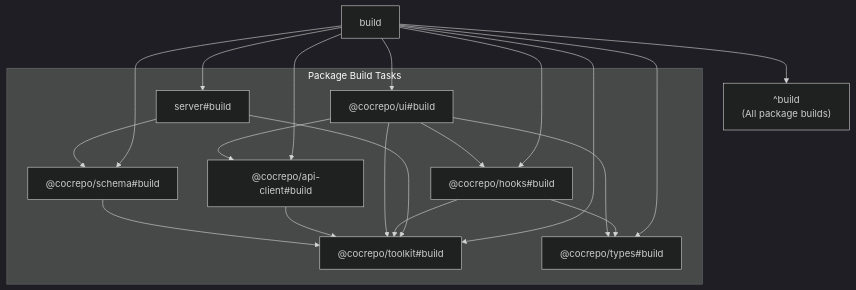
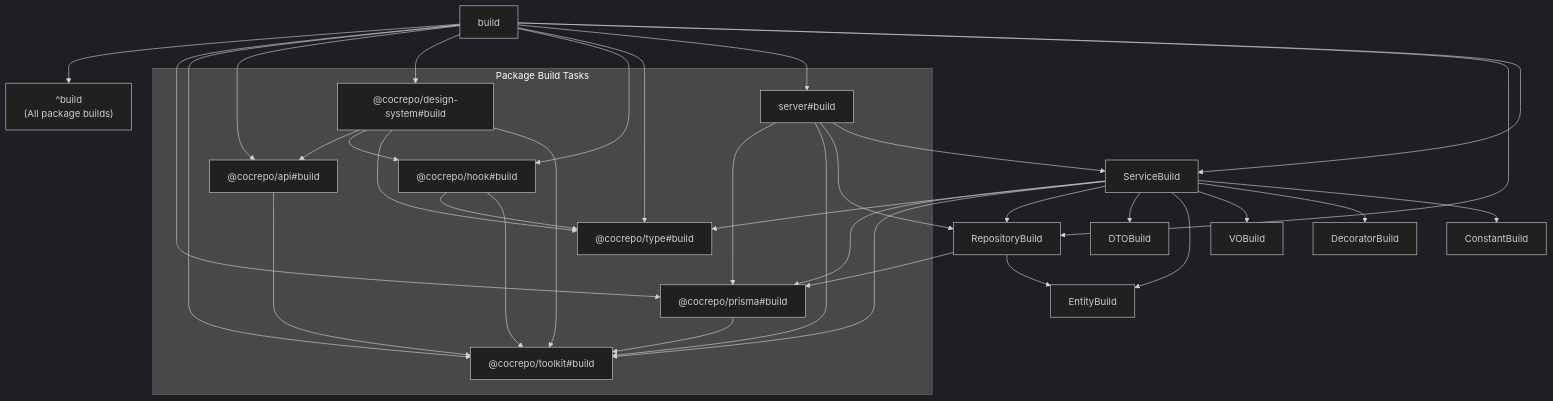
One commit to kimjoongwon/prj-core changed the third of 6 diagrams in .qoder/repowiki/en/content/System Overview/Architecture Overview/Monorepo Architecture/Monorepo Architecture.md. Above: the diagram before and after it, drawn with Mermaid (dark theme). The commit also changed other lines of this file and 315 other files, not shown here.

````diff
--- a/.qoder/repowiki/en/content/System Overview/Architecture Overview/Monorepo Architecture/Monorepo Architecture.md
+++ b/.qoder/repowiki/en/content/System Overview/Architecture Overview/Monorepo Architecture/Monorepo Architecture.md
@@ -141,30 +165,45 @@
 ```mermaid
 graph TD
 Build[build] --> DependsOn["^build<br>(All package builds)"]
 subgraph "Package Build Tasks"
-SchemaBuild["@cocrepo/schema#build"]
+SchemaBuild["@cocrepo/prisma#build"]
 ToolkitBuild["@cocrepo/toolkit#build"]
-ApiClientBuild["@cocrepo/api-client#build"]
-UIBuild["@cocrepo/ui#build"]
-HooksBuild["@cocrepo/hooks#build"]
-TypesBuild["@cocrepo/types#build"]
+ApiClientBuild["@cocrepo/api#build"]
+UIBuild["@cocrepo/design-system#build"]
+HooksBuild["@cocrepo/hook#build"]
+TypesBuild["@cocrepo/type#build"]
 ServerBuild["server#build"]
 end
 SchemaBuild --> ToolkitBuild
 ApiClientBuild --> ToolkitBuild
 UIBuild --> ApiClientBuild
 UIBuild --> HooksBuild
 UIBuild --> TypesBuild
 UIBuild --> ToolkitBuild
 HooksBuild --> TypesBuild
 HooksBuild --> ToolkitBuild
 ServerBuild --> SchemaBuild
 ServerBuild --> ToolkitBuild
+ServerBuild --> RepositoryBuild
+ServerBuild --> ServiceBuild
+RepositoryBuild --> SchemaBuild
+RepositoryBuild --> EntityBuild
+ServiceBuild --> RepositoryBuild
+ServiceBuild --> DTOBuild
+ServiceBuild --> EntityBuild
+ServiceBuild --> VOBuild
+ServiceBuild --> DecoratorBuild
+ServiceBuild --> SchemaBuild
+ServiceBuild --> TypesBuild
+ServiceBuild --> ConstantBuild
+ServiceBuild --> ToolkitBuild
 Build --> SchemaBuild
 Build --> ToolkitBuild
 Build --> ApiClientBuild
 Build --> UIBuild
 Build --> HooksBuild
 Build --> TypesBuild
 Build --> ServerBuild
+Build --> RepositoryBuild
+Build --> ServiceBuild
 ```
````
